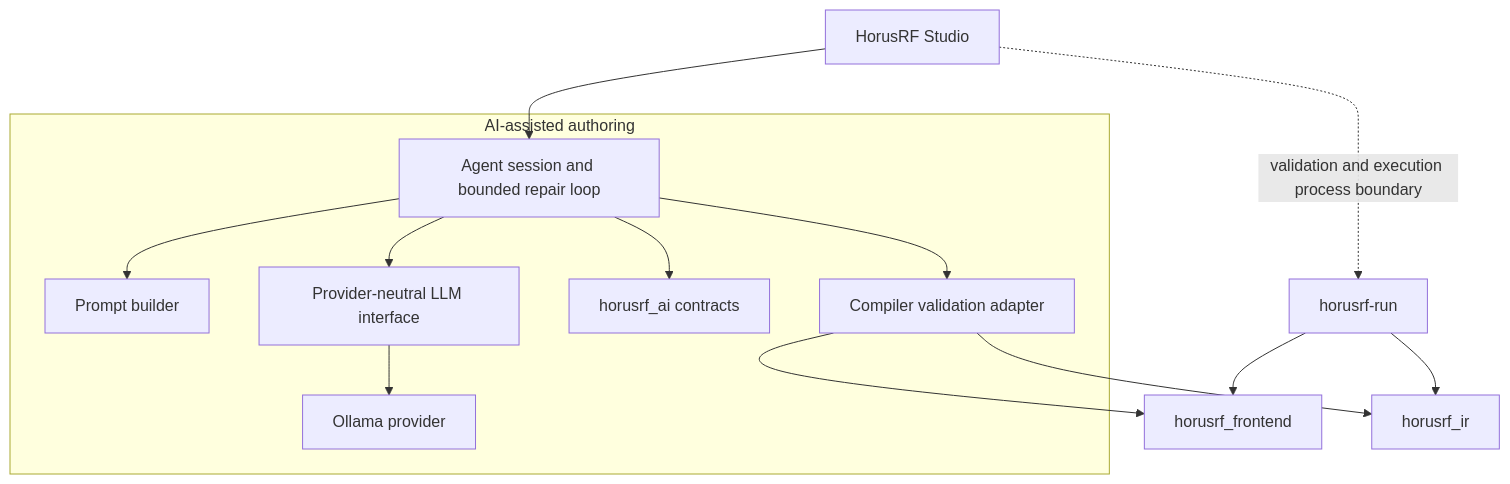
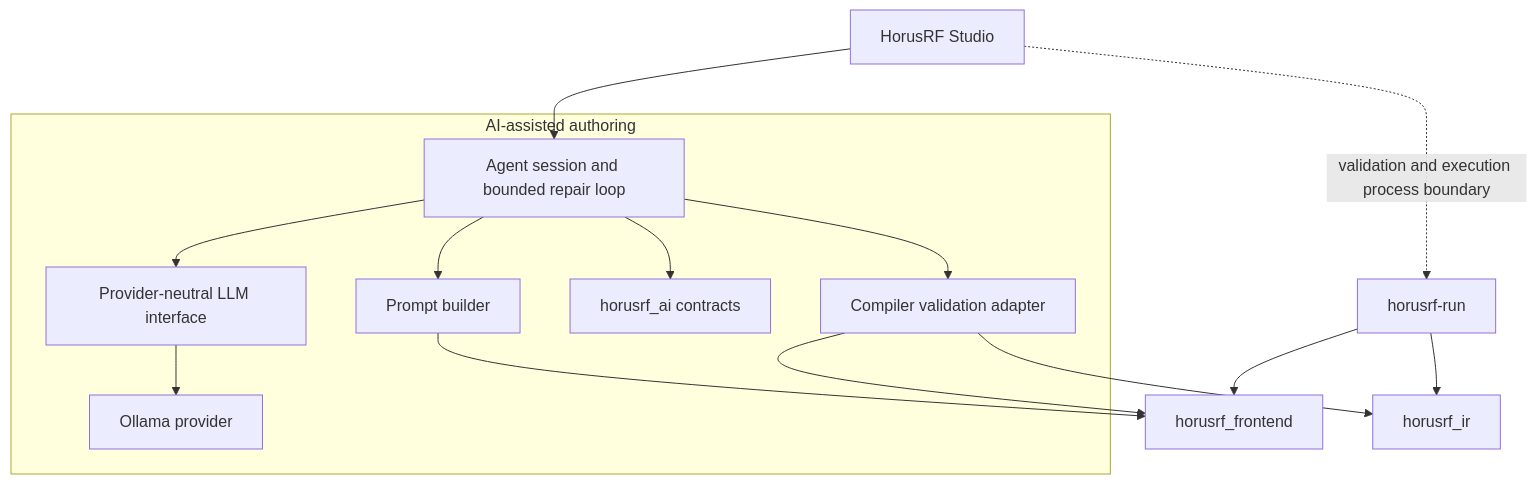
Before and after one commit to sergiorf/HorusRF: the diagram in docs/ai-assisted-authoring-architecture.md, drawn with Mermaid. The commit also changed other lines of this file and 9 other files, not shown here.

````diff
--- a/docs/ai-assisted-authoring-architecture.md
+++ b/docs/ai-assisted-authoring-architecture.md
@@ -40,29 +40,30 @@
 ```mermaid
 flowchart TB
     Studio[HorusRF Studio]
 
     subgraph Authoring[AI-assisted authoring]
         Session[Agent session and bounded repair loop]
         Prompt[Prompt builder]
         Provider[Provider-neutral LLM interface]
         Ollama[Ollama provider]
         Contracts[horusrf_ai contracts]
         Adapter[Compiler validation adapter]
     end
 
     Frontend[horusrf_frontend]
     IR[horusrf_ir]
     Runner[horusrf-run]
 
     Studio --> Session
     Studio -. validation and execution process boundary .-> Runner
     Session --> Prompt
     Session --> Provider
     Session --> Adapter
     Session --> Contracts
     Provider --> Ollama
+    Prompt --> Frontend
     Adapter --> Frontend
     Adapter --> IR
     Runner --> Frontend
     Runner --> IR
 ```
````
